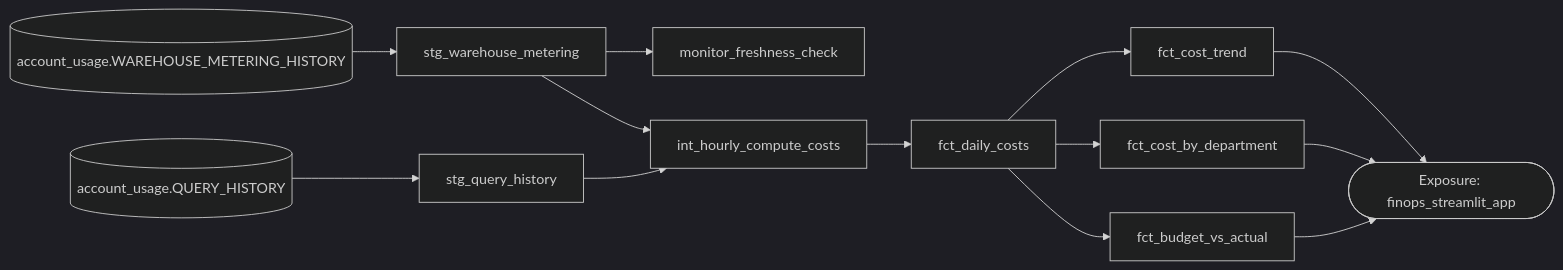
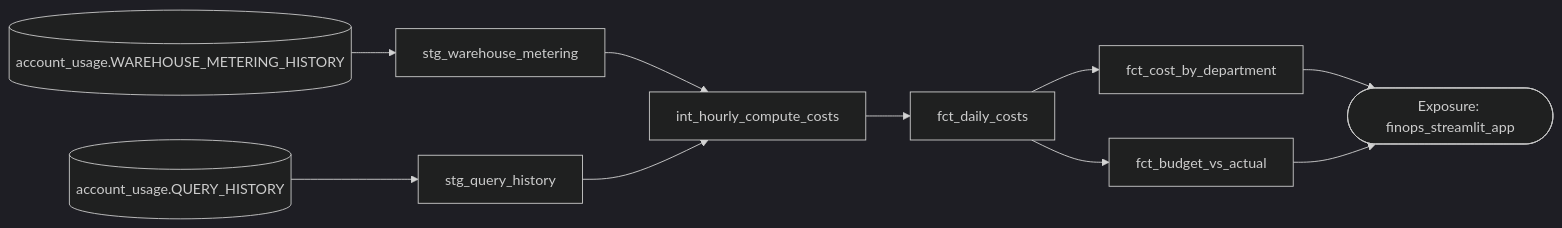
Before and after one commit to mcgrath-dylan/finops-dbt: the diagram in README.md, drawn with Mermaid (dark theme). The commit also changed other lines of this file and 6 other files, not shown here.

````diff
--- a/README.md
+++ b/README.md
@@ -96,25 +96,20 @@
 ```mermaid
 flowchart LR
   W[(account_usage.WAREHOUSE_METERING_HISTORY)]
   Q[(account_usage.QUERY_HISTORY)]
   STG1[stg_warehouse_metering]
   STG2[stg_query_history]
-  MON[monitor_freshness_check]
   INT[int_hourly_compute_costs]
   FCT[fct_daily_costs]
-  TREND[fct_cost_trend]
   BYDEP[fct_cost_by_department]
   BUD[fct_budget_vs_actual]
   EXP([Exposure: finops_streamlit_app])
 
-  W --> STG1 --> MON
-  STG1 --> INT
+  W --> STG1 --> INT
   Q --> STG2 --> INT
   INT --> FCT
-  FCT --> TREND
   FCT --> BYDEP
   FCT --> BUD
-  TREND --> EXP
   BYDEP --> EXP
   BUD --> EXP
 ```
````
